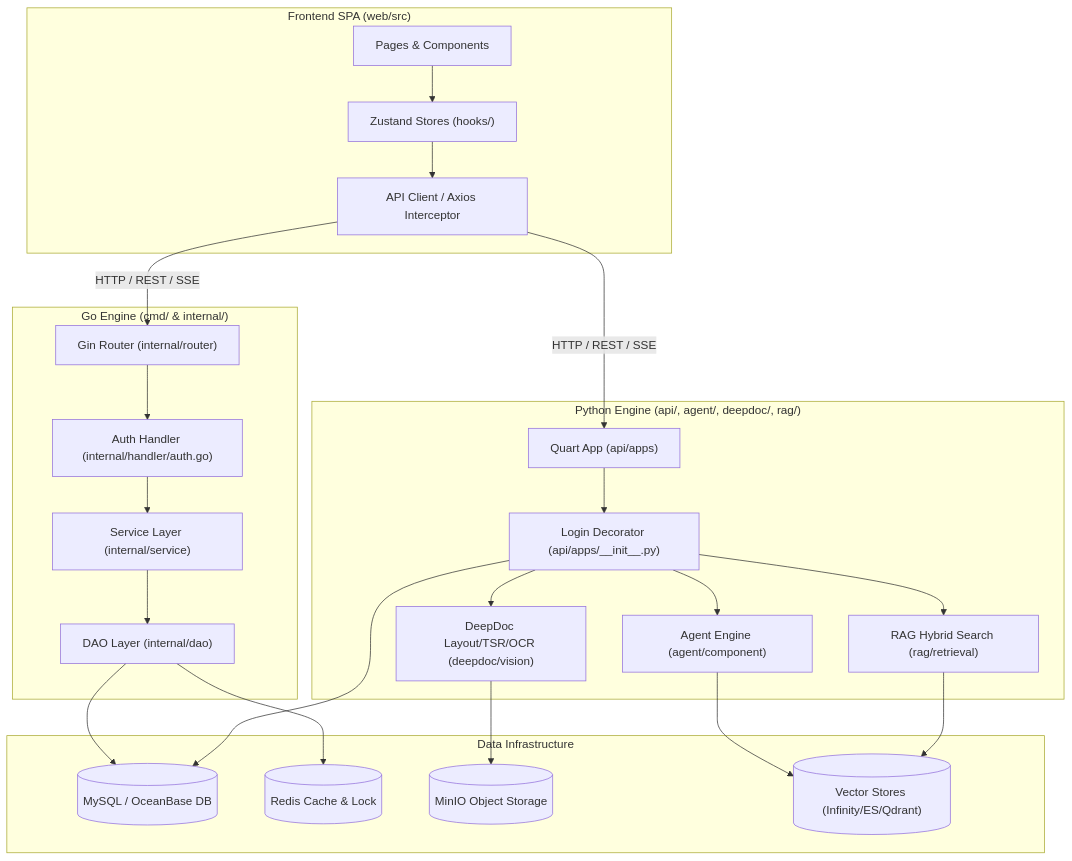
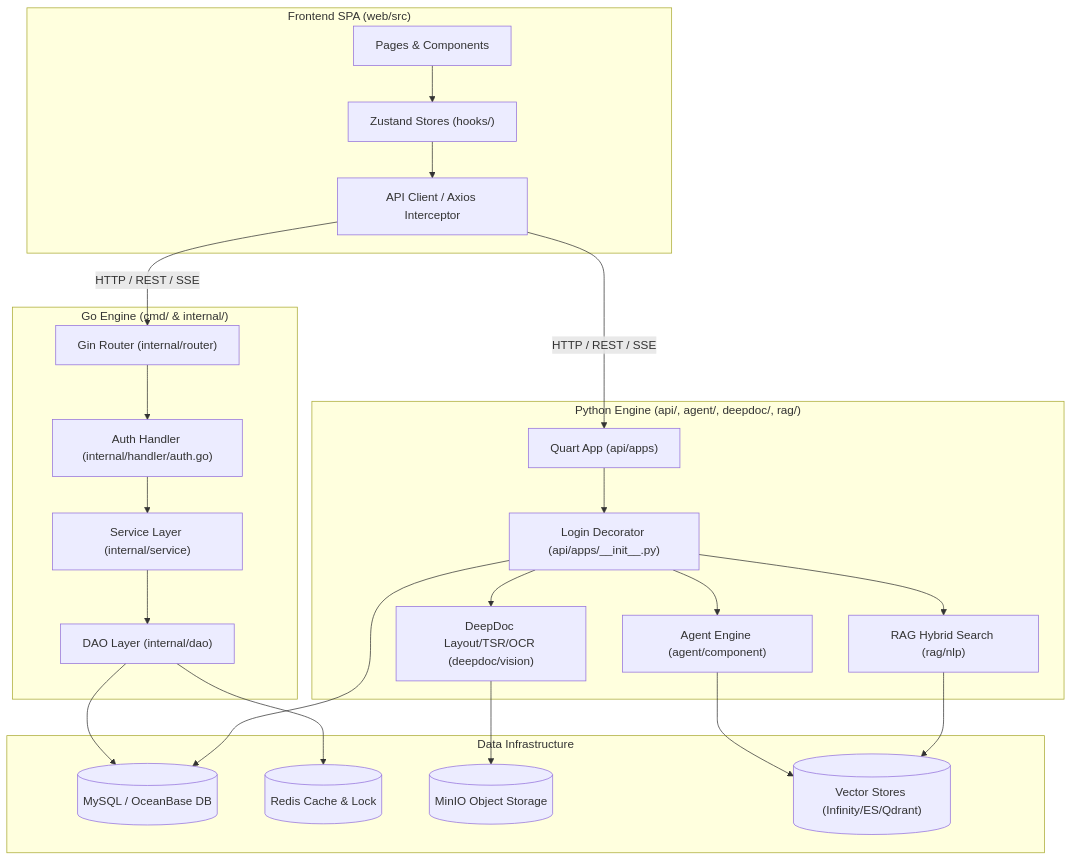
Before and after one commit to 6sLOGAN78/devRAG: the diagram in ragflow-docs/01-repository/dependency-map.md, drawn with Mermaid. The commit also changed other lines of this file and 67 other files, not shown here.

````diff
--- a/ragflow-docs/01-repository/dependency-map.md
+++ b/ragflow-docs/01-repository/dependency-map.md
@@ -11,44 +11,44 @@
 ```mermaid
 graph TD
     subgraph Frontend_Layer ["Frontend SPA (web/src)"]
         UI_Pages["Pages & Components"]
         Zustand_Hooks["Zustand Stores (hooks/)"]
         API_Client["API Client / Axios Interceptor"]
         UI_Pages --> Zustand_Hooks --> API_Client
     end
 
     subgraph Go_Backend ["Go Engine (cmd/ & internal/)"]
         Gin_Router["Gin Router (internal/router)"]
         Auth_Handler["Auth Handler (internal/handler/auth.go)"]
         Services_Go["Service Layer (internal/service)"]
         DAO_Go["DAO Layer (internal/dao)"]
         Gin_Router --> Auth_Handler --> Services_Go --> DAO_Go
     end
 
     subgraph Python_Backend ["Python Engine (api/, agent/, deepdoc/, rag/)"]
         Quart_App["Quart App (api/apps)"]
         Auth_Py["Login Decorator (api/apps/__init__.py)"]
         Agent_Canvas["Agent Engine (agent/component)"]
-        RAG_Search["RAG Hybrid Search (rag/retrieval)"]
+        RAG_Search["RAG Hybrid Search (rag/nlp)"]
         DeepDoc_Vision["DeepDoc Layout/TSR/OCR (deepdoc/vision)"]
         Quart_App --> Auth_Py --> Agent_Canvas & RAG_Search & DeepDoc_Vision
     end
 
     subgraph Data_Infrastructure ["Data Infrastructure"]
         MySQL[("MySQL / OceanBase DB")]
         Redis[("Redis Cache & Lock")]
         MinIO[("MinIO Object Storage")]
         VectorStores[("Vector Stores (Infinity/ES/Qdrant)")]
     end
 
     API_Client -->|HTTP / REST / SSE| Gin_Router
     API_Client -->|HTTP / REST / SSE| Quart_App
 
     DAO_Go --> MySQL
     DAO_Go --> Redis
 
     Auth_Py --> MySQL
     Agent_Canvas --> VectorStores
     DeepDoc_Vision --> MinIO
     RAG_Search --> VectorStores
 ```
````
